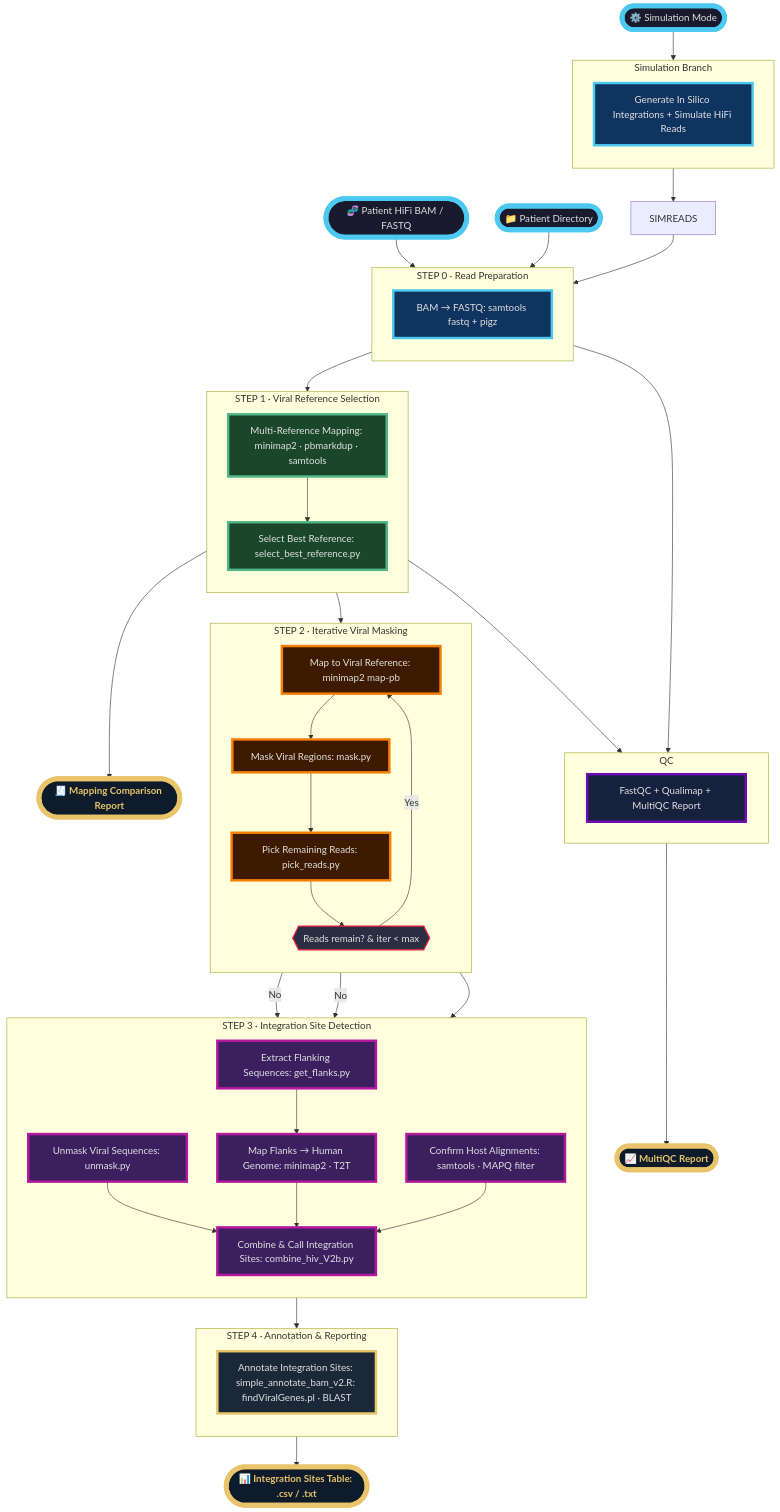
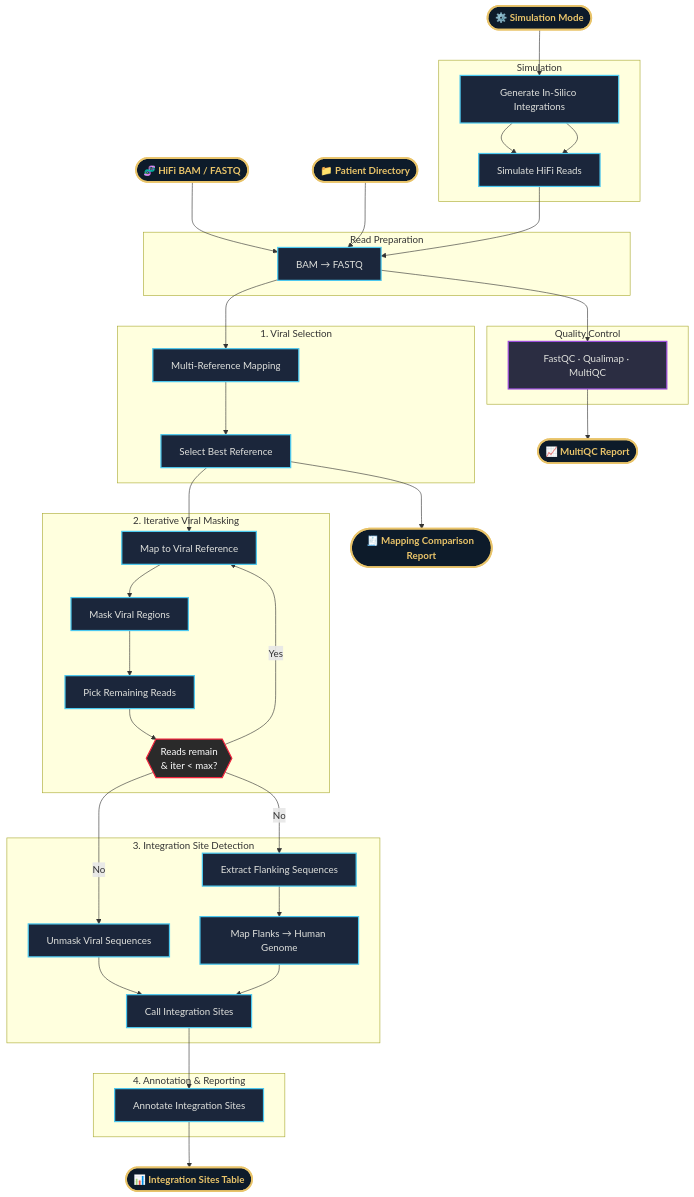
Before and after one commit to connor122721/nf-viral-integration: the diagram in README.md, drawn with Mermaid. The commit also changed other lines of this file and 12 other files, not shown here.

Commit message:
Updating blast script, html output, and the samplesheet input is standardized.

````diff
--- a/README.md
+++ b/README.md
@@ -5,94 +5,80 @@
 ```mermaid
 flowchart TD
-    classDef input     fill:#1a1a2e,stroke:#4cc9f0,stroke-width:8px,color:#e0e0e0
-    classDef qc        fill:#16213e,stroke:#7209b7,stroke-width:4px,color:#e0e0e0
-    classDef step0     fill:#0f3460,stroke:#4cc9f0,stroke-width:4px,color:#e0e0e0
-    classDef step1     fill:#1a472a,stroke:#52b788,stroke-width:4px,color:#e0e0e0
-    classDef step2     fill:#3d1a00,stroke:#f77f00,stroke-width:4px,color:#e0e0e0
-    classDef step3     fill:#3b1f5e,stroke:#b5179e,stroke-width:4px,color:#e0e0e0
-    classDef step4     fill:#1b2838,stroke:#e9c46a,stroke-width:4px,color:#e0e0e0
-    classDef output    fill:#0d1b2a,stroke:#e9c46a,stroke-width:8px,color:#e9c46a,font-weight:bold
-    classDef decision  fill:#2b2d42,stroke:#ef233c,stroke-width:2px,color:#e0e0e0
+    %% ── STYLES ─────────────────────────────────────
+    classDef io fill:#0d1b2a,stroke:#e9c46a,stroke-width:3px,color:#e9c46a,font-weight:bold
+    classDef step fill:#1b263b,stroke:#4cc9f0,stroke-width:2px,color:#e0e1dd
+    classDef qc fill:#2b2d42,stroke:#9d4edd,stroke-width:2px,color:#e0e1dd
+    classDef decision fill:#2a2a2a,stroke:#ef233c,stroke-width:2px,color:#ffffff
 
-    %% ── INPUTS ──────────────────────────────────────────────────────────────
-    IN1([🧬 Patient HiFi BAM / FASTQ]):::input
-    IN2([📁 Patient Directory]):::input
-    IN3([⚙️  Simulation Mode]):::input
+    %% ── INPUTS ─────────────────────────────────────
+    IN1([🧬 HiFi BAM / FASTQ]):::io
+    IN2([📁 Patient Directory]):::io
+    IN3([⚙️ Simulation Mode]):::io
 
-    %% ── STEP 0: Read Preparation ─────────────────────────────────────────
-    subgraph S0 ["  STEP 0 · Read Preparation  "]
-        direction TB
-        BTOFQ["BAM → FASTQ: samtools fastq + pigz"]:::step0
+    %% ── STEP 0 ─────────────────────────────────────
+    subgraph S0["Read Preparation"]
+        BTOFQ["BAM → FASTQ<br/>"]:::step
     end
 
-    %% ── SIMULATION BRANCH ────────────────────────────────────────────────
-    subgraph SIM ["  Simulation Branch  "]
-        direction TB
-        GENINT["Generate In Silico Integrations + Simulate HiFi Reads"]:::step0
+    %% ── SIMULATION ─────────────────────────────────
+    subgraph SIM["Simulation"]
+        GENINT["Generate In-Silico Integrations"]:::step
+        SIMREADS["Simulate HiFi Reads"]:::step
+        GENINT --> SIMREADS
     end
 
-    %% ── QC ───────────────────────────────────────────────────────────────
-    subgraph QC ["  QC  "]
-        direction LR
-        FASTQC["FastQC + Qualimap + MultiQC Report"]:::qc
+    %% ── QC ─────────────────────────────────────────
+    subgraph QCSEC["Quality Control"]
+        FASTQC["FastQC · Qualimap · MultiQC"]:::qc
     end
 
-    %% ── STEP 1: Reference Selection ──────────────────────────────────────
-    subgraph S1 ["  STEP 1 · Viral Reference Selection  "]
-        direction TB
-        MULTIMAP["Multi-Reference Mapping: minimap2 · pbmarkdup · samtools"]:::step1
-        SELREF["Select Best Reference: select_best_reference.py"]:::step1
+    %% ── STEP 1 ─────────────────────────────────────
+    subgraph S1["1. Viral Selection"]
+        MULTIMAP["Multi-Reference Mapping"]:::step
+        SELREF["Select Best Reference"]:::step
     end
 
-    %% ── STEP 2: Iterative Viral Masking ──────────────────────────────────
-    subgraph S2 ["  STEP 2 · Iterative Viral Masking  "]
-        direction TB
-        ITER1["Map to Viral Reference: minimap2 map-pb"]:::step2
-        MASK["Mask Viral Regions: mask.py"]:::step2
-        PICK["Pick Remaining Reads: pick_reads.py"]:::step2
-        CONV{{"Reads remain? & iter < max"}}:::decision
-        ITER1 --> MASK --> PICK --> CONV
-        CONV -- Yes --> ITER1
+    %% ── STEP 2 ─────────────────────────────────────
+    subgraph S2["2. Iterative Viral Masking"]
+        ITER1["Map to Viral Reference"]:::step
+        MASK["Mask Viral Regions"]:::step
+        PICK["Pick Remaining Reads"]:::step
+        CHECK{{Reads remain<br/>& iter < max?}}:::decision
+        ITER1 --> MASK --> PICK --> CHECK
+        CHECK -- Yes --> ITER1
     end
 
-    %% ── STEP 3: Integration Site Detection ──────────────────────────────
-    subgraph S3 ["  STEP 3 · Integration Site Detection  "]
-        direction TB
-        UNMASK["Unmask Viral Sequences: unmask.py"]:::step3
-        FLANKS["Extract Flanking Sequences: get_flanks.py"]:::step3
-        MAPHOST["Map Flanks → Human Genome: minimap2 · T2T"]:::step3
-        CONFIRM["Confirm Host Alignments: samtools · MAPQ filter"]:::step3
-        COMBINE["Combine & Call Integration Sites: combine_hiv_V2b.py"]:::step3
+    %% ── STEP 3 ─────────────────────────────────────
+    subgraph S3["3. Integration Site Detection"]
+        UNMASK["Unmask Viral Sequences"]:::step
+        FLANKS["Extract Flanking Sequences"]:::step
+        MAPHOST["Map Flanks → Human Genome"]:::step
+        COMBINE["Call Integration Sites"]:::step
     end
 
-    %% ── STEP 4: Annotation ───────────────────────────────────────────────
-    subgraph S4 ["  STEP 4 · Annotation & Reporting  "]
-        direction TB
-        ANNOT["Annotate Integration Sites: simple_annotate_bam_v2.R: findViralGenes.pl · BLAST"]:::step4
+    %% ── STEP 4 ─────────────────────────────────────
+    subgraph S4["4. Annotation & Reporting"]
+        ANNOT["Annotate Integration Sites"]:::step
     end
 
-    %% ── OUTPUTS ─────────────────────────────────────────────────────────
-    OUT1([📊 Integration Sites Table: .csv / .txt]):::output
-    OUT2([🧾 Mapping Comparison Report]):::output
-    OUT3([📈 MultiQC Report]):::output
+    %% ── OUTPUTS ────────────────────────────────────
+    OUT1([📊 Integration Sites Table]):::io
+    OUT2([🧾 Mapping Comparison Report]):::io
+    OUT3([📈 MultiQC Report]):::io
 
-    %% ── EDGES ────────────────────────────────────────────────────────────
+    %% ── FLOW ──────────────────────────────────────
     IN1 & IN2 --> BTOFQ
     IN3 --> GENINT --> SIMREADS --> BTOFQ
+
     BTOFQ --> MULTIMAP
     BTOFQ --> FASTQC
 
-    MULTIMAP --> SELREF
-    MULTIMAP --> FASTQC
-    SELREF --> ITER1
-
-    CONV -- No --> UNMASK
-    CONV -- No --> FLANKS
+    MULTIMAP --> SELREF --> ITER1
+    CHECK -- No --> UNMASK
+    CHECK -- No --> FLANKS
 
     FLANKS --> MAPHOST
-    ITER1 --> CONFIRM
-    UNMASK & MAPHOST & CONFIRM --> COMBINE
-    COMBINE --> ANNOT
+    UNMASK & MAPHOST --> COMBINE --> ANNOT
 
     ANNOT --> OUT1
     SELREF --> OUT2
````
